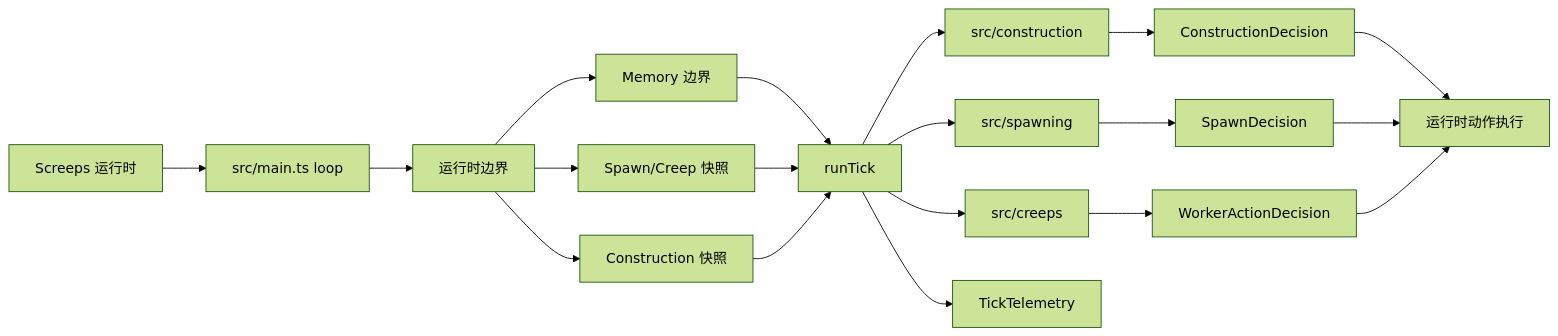
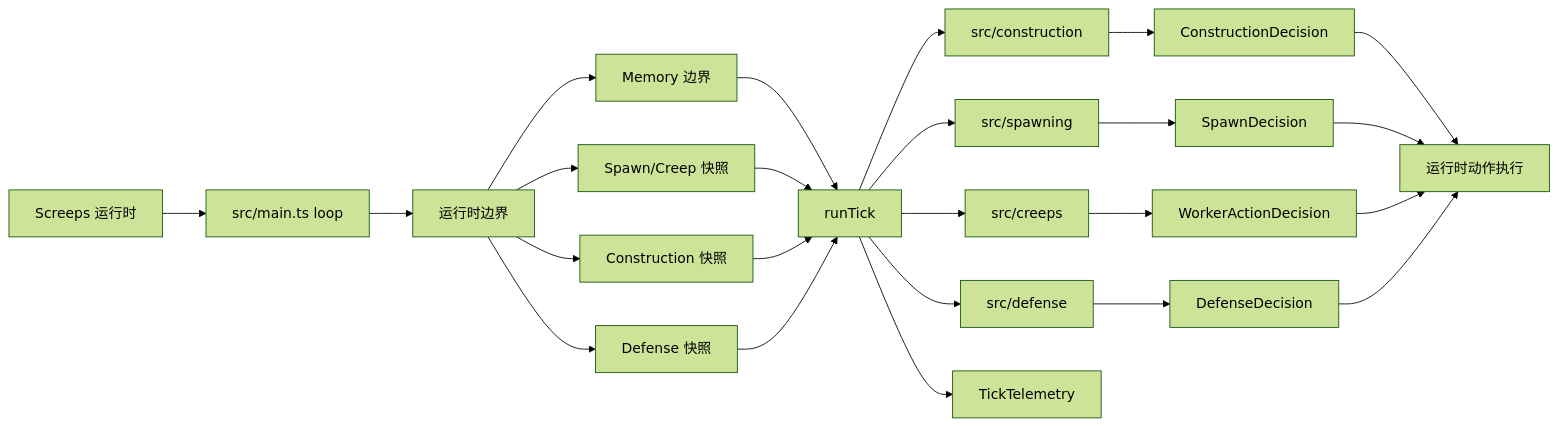
One commit to Hime-Hina/ScreepsScripts changed the diagram in docs/architecture.md. Above: the diagram before and after it, drawn with Mermaid (forest theme). The commit also changed other lines of this file and 15 other files, not shown here.

````diff
--- a/docs/architecture.md
+++ b/docs/architecture.md
@@ -5,21 +5,26 @@
 ```mermaid
 flowchart LR
   Screeps["Screeps 运行时"] --> Main["src/main.ts loop"]
   Main --> Boundary["运行时边界"]
   Boundary --> Memory["Memory 边界"]
   Boundary --> SpawnSnapshot["Spawn/Creep 快照"]
   Boundary --> ConstructionSnapshot["Construction 快照"]
+  Boundary --> DefenseSnapshot["Defense 快照"]
   Memory --> Kernel["runTick"]
   SpawnSnapshot --> Kernel
   ConstructionSnapshot --> Kernel
+  DefenseSnapshot --> Kernel
   Kernel --> Construction["src/construction"]
   Kernel --> Spawning["src/spawning"]
   Kernel --> Creeps["src/creeps"]
+  Kernel --> Defense["src/defense"]
   Construction --> ConstructionDecision["ConstructionDecision"]
   Spawning --> SpawnDecision["SpawnDecision"]
   Creeps --> WorkerDecision["WorkerActionDecision"]
+  Defense --> DefenseDecision["DefenseDecision"]
   ConstructionDecision --> Actions["运行时动作执行"]
   SpawnDecision --> Actions["运行时动作执行"]
   WorkerDecision --> Actions
+  DefenseDecision --> Actions
   Kernel --> Telemetry["TickTelemetry"]
 ```
````
